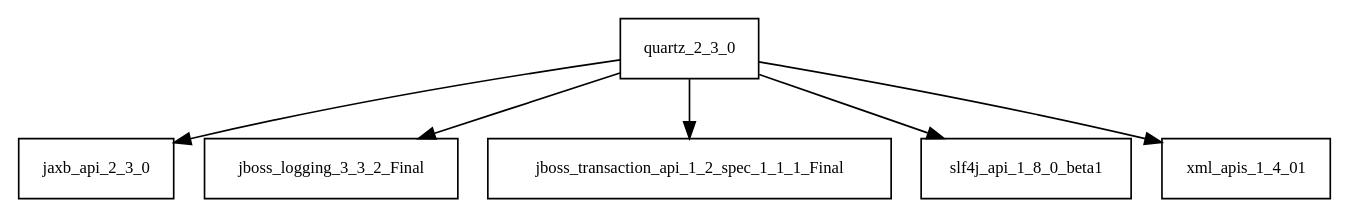
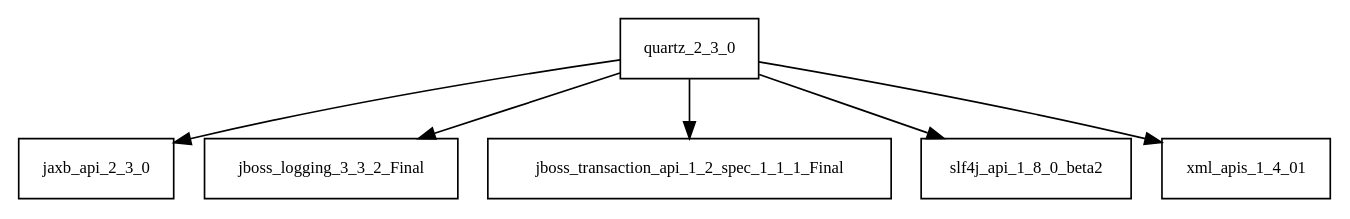
Before and after one commit to sjvs/cia: the diagram in tattleTaleReport/graphviz/quartz-2.3.0.jar/quartz-2.3.0.jar.dot, drawn with Graphviz. The commit also changed 2794 other files, not shown here.

```diff
--- a/tattleTaleReport/graphviz/quartz-2.3.0.jar/quartz-2.3.0.jar.dot
+++ b/tattleTaleReport/graphviz/quartz-2.3.0.jar/quartz-2.3.0.jar.dot
@@ -1,8 +1,8 @@
 digraph quartz_2_3_0_dependencies {
   node [shape = box, fontsize=10.0];
   quartz_2_3_0 -> jaxb_api_2_3_0;
   quartz_2_3_0 -> jboss_logging_3_3_2_Final;
   quartz_2_3_0 -> jboss_transaction_api_1_2_spec_1_1_1_Final;
-  quartz_2_3_0 -> slf4j_api_1_8_0_beta1;
+  quartz_2_3_0 -> slf4j_api_1_8_0_beta2;
   quartz_2_3_0 -> xml_apis_1_4_01;
 }
```
